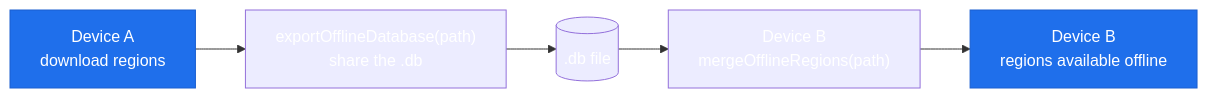
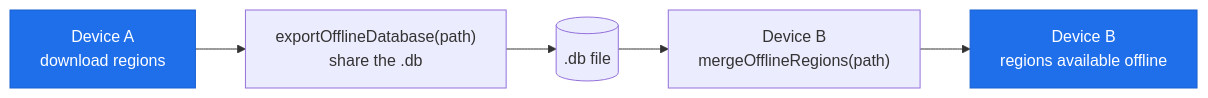
One commit to maplibre/flutter-maplibre-gl changed the second of 2 diagrams in website/docs/advanced/offline-regions.md. Above: the diagram before and after it, drawn with Mermaid. The commit also changed other lines of this file and 364 other files, not shown here.

````diff
--- a/website/docs/advanced/offline-regions.md
+++ b/website/docs/advanced/offline-regions.md
@@ -152,10 +168,10 @@
 ```mermaid
 flowchart LR
     A["Device A<br/>download regions"] --> EXP["exportOfflineDatabase(path)<br/>share the .db"]
     EXP --> FILE[(".db file")]
     FILE --> MRG["Device B<br/>mergeOfflineRegions(path)"]
     MRG --> B["Device B<br/>regions available offline"]
 
-    classDef root fill:#1f6feb,stroke:#1a5fd0,color:#fff;
-    class A,B root
+    classDef emphasis fill:#1f6feb,stroke:#1a5fd0,color:#fff;
+    class A,B emphasis
 ```
````
